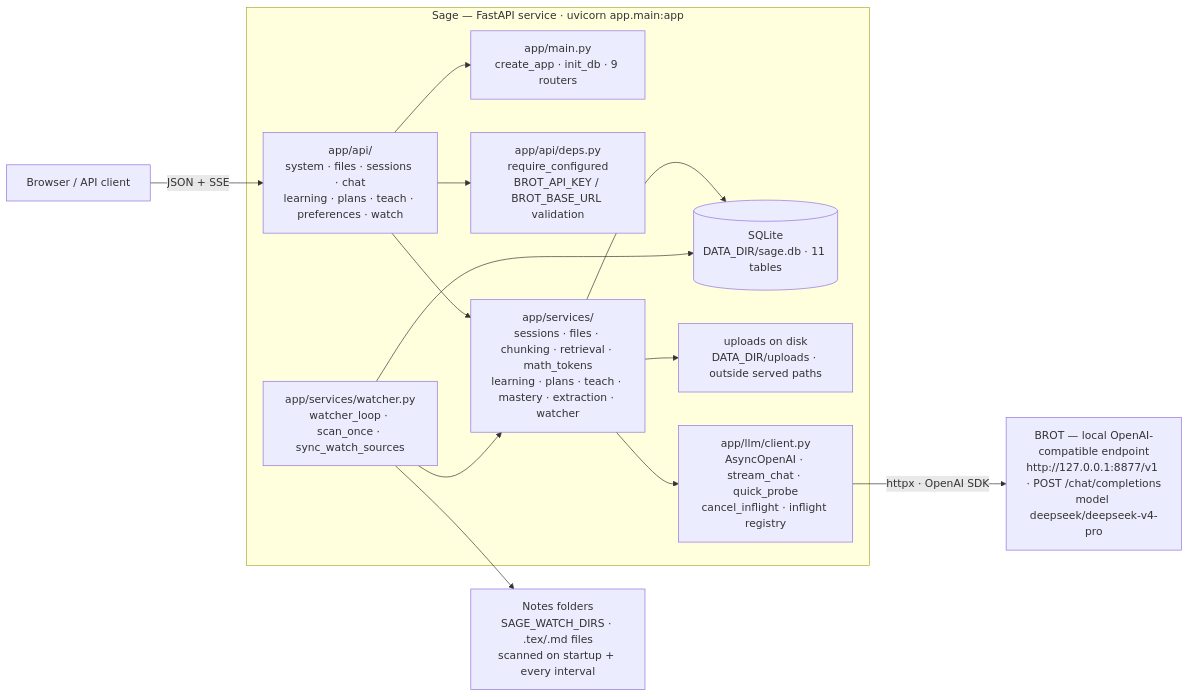
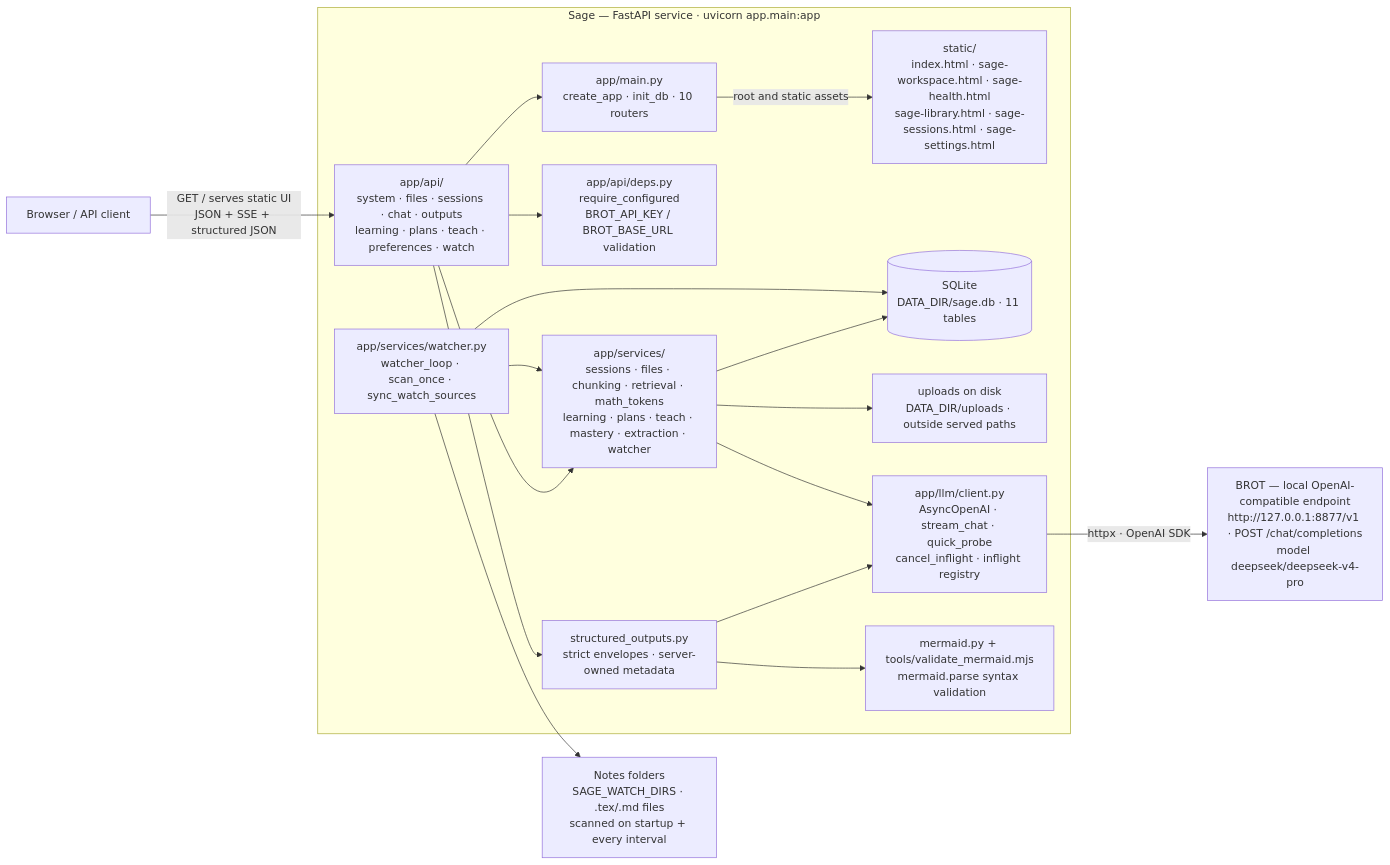
Before and after one commit to totallynotbrent/Sage: the first of 4 diagrams in README.md, drawn with Mermaid. The commit also changed other lines of this file and 24 other files, not shown here.

Commit message:
feat(api): validated structured chat outputs (mermaid/todo/quiz)

````diff
--- a/README.md
+++ b/README.md
@@ -86,28 +100,35 @@
 ```mermaid
 flowchart LR
-    CLIENT["Browser / API client"] -->|"JSON + SSE"| API
+    CLIENT["Browser / API client"] -->|"GET / serves static UI<br/>JSON + SSE + structured JSON"| API
     B["BROT — local OpenAI-compatible endpoint<br/>http://127.0.0.1:8877/v1 · POST /chat/completions<br/>model deepseek/deepseek-v4-pro"]
 
     subgraph APP["Sage — FastAPI service · uvicorn app.main:app"]
-        MAIN["app/main.py<br/>create_app · init_db · 9 routers"]
-        API["app/api/<br/>system · files · sessions · chat<br/>learning · plans · teach · preferences · watch"]
+        MAIN["app/main.py<br/>create_app · init_db · 10 routers"]
+        UI["static/<br/>index.html · sage-workspace.html · sage-health.html<br/>sage-library.html · sage-sessions.html · sage-settings.html"]
+        API["app/api/<br/>system · files · sessions · chat · outputs<br/>learning · plans · teach · preferences · watch"]
         DEPS["app/api/deps.py<br/>require_configured<br/>BROT_API_KEY / BROT_BASE_URL validation"]
         SVC["app/services/<br/>sessions · files · chunking · retrieval · math_tokens<br/>learning · plans · teach · mastery · extraction · watcher"]
         WATCH["app/services/watcher.py<br/>watcher_loop · scan_once · sync_watch_sources"]
         DB[("SQLite<br/>DATA_DIR/sage.db · 11 tables")]
         UP["uploads on disk<br/>DATA_DIR/uploads · outside served paths"]
         LLM["app/llm/client.py<br/>AsyncOpenAI · stream_chat · quick_probe<br/>cancel_inflight · inflight registry"]
+        STRUCT["structured_outputs.py<br/>strict envelopes · server-owned metadata"]
+        MERMAID["mermaid.py + tools/validate_mermaid.mjs<br/>mermaid.parse syntax validation"]
     end
     NOTES["Notes folders<br/>SAGE_WATCH_DIRS · .tex/.md files<br/>scanned on startup + every interval"]
 
     API --> MAIN
+    MAIN -->|"root and static assets"| UI
     API --> DEPS
     API --> SVC
+    API --> STRUCT
+    STRUCT --> MERMAID
+    STRUCT --> LLM
     SVC --> DB
     SVC --> UP
     SVC --> LLM
     WATCH --> NOTES
     WATCH --> DB
     WATCH --> SVC
     LLM -->|"httpx · OpenAI SDK"| B
 ```
````
